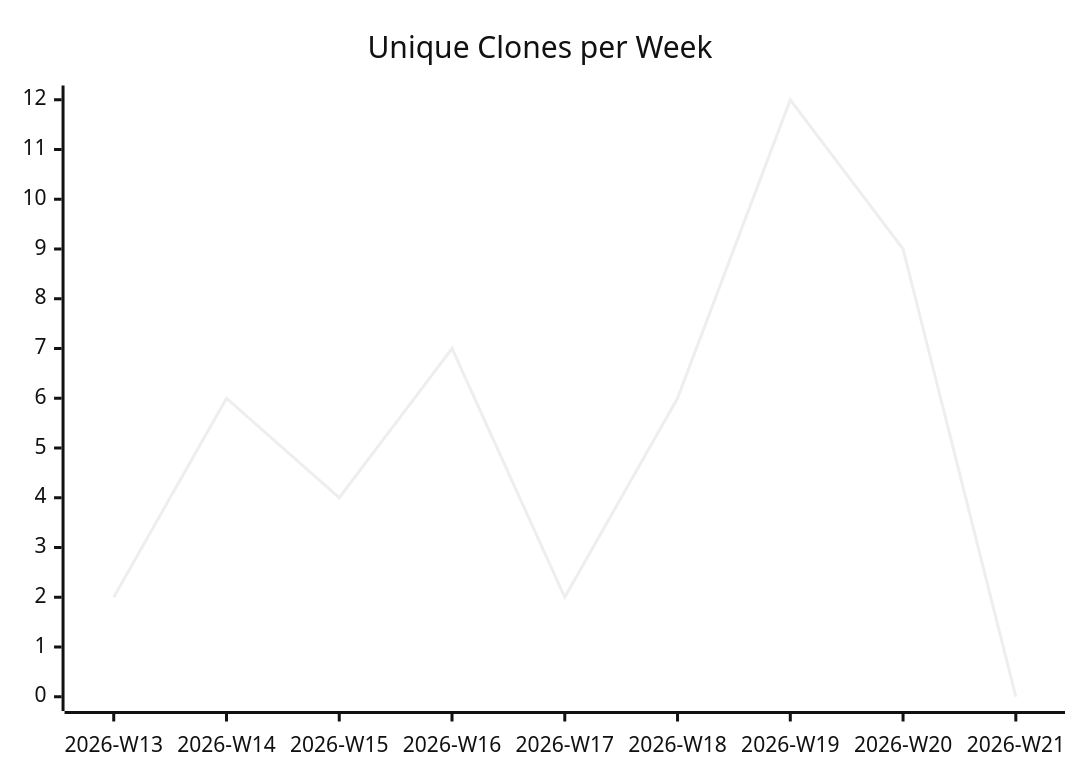
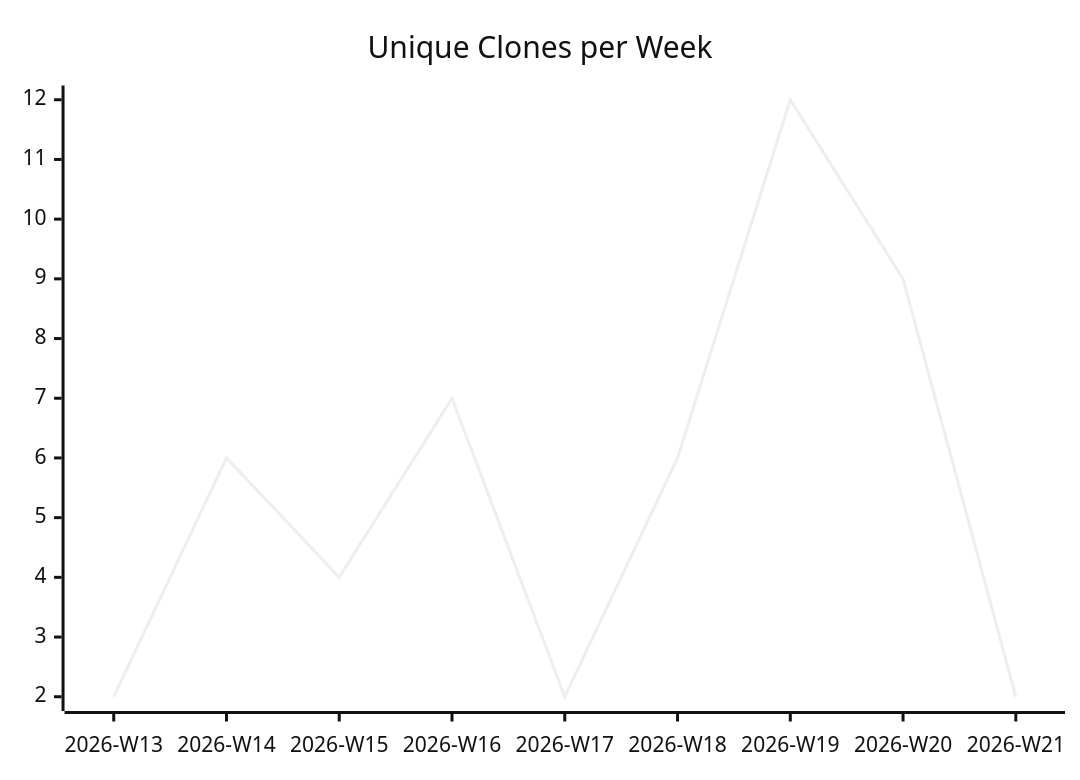
Before and after one commit to justdavis-family/github-analytics-data: the third of 3 diagrams in karlmdavis/obsidian-operator/README.md, drawn with Mermaid (neutral theme). The commit also changed other lines of this file and 187 other files, not shown here.

````diff
--- a/karlmdavis/obsidian-operator/README.md
+++ b/karlmdavis/obsidian-operator/README.md
@@ -19,6 +19,6 @@
 ```mermaid
 xychart-beta
   title "Unique Clones per Week"
   x-axis ["2026-W13", "2026-W14", "2026-W15", "2026-W16", "2026-W17", "2026-W18", "2026-W19", "2026-W20", "2026-W21"]
-  line [2, 6, 4, 7, 2, 6, 12, 9, 0]
+  line [2, 6, 4, 7, 2, 6, 12, 9, 2]
 ```
````
